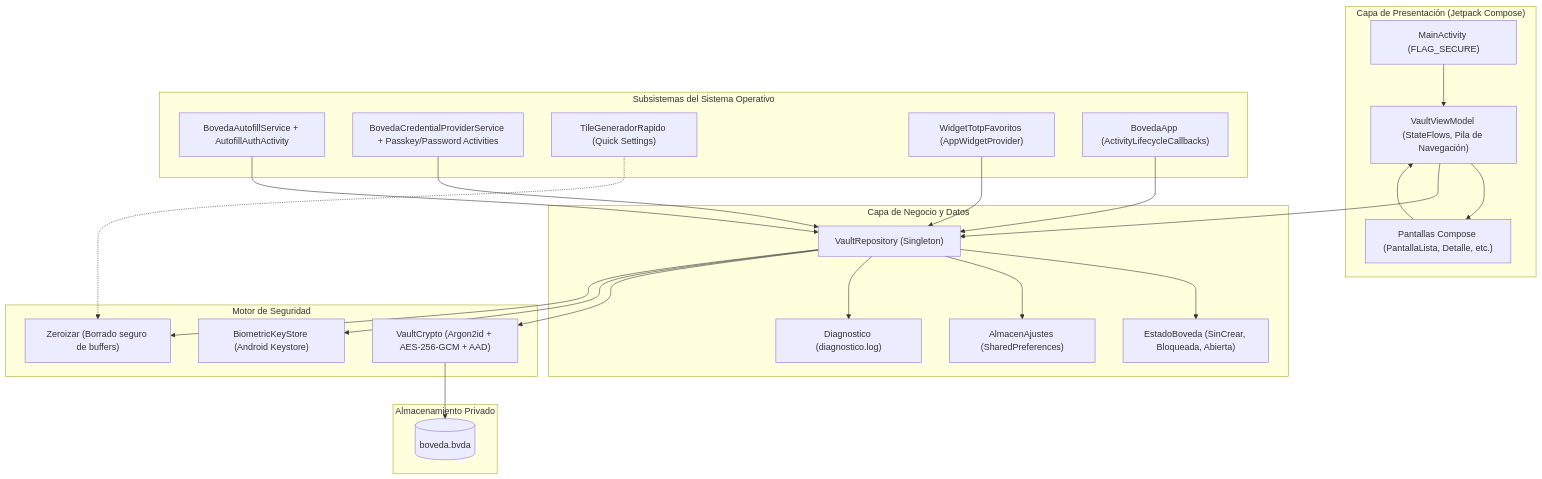
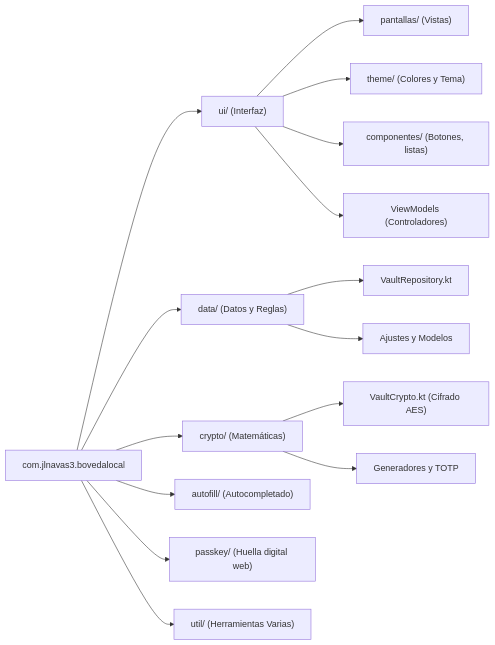
One commit to jlnavas3/boveda changed the eighth of 8 diagrams in ARQUITECTURA.md. Above: the diagram before and after it, drawn with Mermaid. The commit also changed other lines of this file and 35 other files, not shown here.

````diff
--- a/ARQUITECTURA.md
+++ b/ARQUITECTURA.md
@@ -131,55 +270,20 @@
 ```mermaid
-flowchart TD
-    subgraph UI ["Capa de Presentación (Jetpack Compose)"]
-        MainActivity["MainActivity (FLAG_SECURE)"]
-        Screens["Pantallas Compose (PantallaLista, Detalle, etc.)"]
-        VVM["VaultViewModel (StateFlows, Pila de Navegación)"]
-    end
-
-    subgraph Core ["Capa de Negocio y Datos"]
-        Repo["VaultRepository (Singleton)"]
-        AjustesRepo["AlmacenAjustes (SharedPreferences)"]
-        EstadoBoveda["EstadoBoveda (SinCrear, Bloqueada, Abierta)"]
-        Diag["Diagnostico (diagnostico.log)"]
-    end
-
-    subgraph Cripto ["Motor de Seguridad"]
-        VCrypto["VaultCrypto (Argon2id + AES-256-GCM + AAD)"]
-        BKeyStore["BiometricKeyStore (Android Keystore)"]
-        Memoria["Zeroizar (Borrado seguro de buffers)"]
-    end
-
-    subgraph AndroidOS ["Subsistemas del Sistema Operativo"]
-        Autofill["BovedaAutofillService + AutofillAuthActivity"]
-        CredMan["BovedaCredentialProviderService + Passkey/Password Activities"]
-        QSTile["TileGeneradorRapido (Quick Settings)"]
-        AppWidget["WidgetTotpFavoritos (AppWidgetProvider)"]
-        AppLifecycle["BovedaApp (ActivityLifecycleCallbacks)"]
-    end
-
-    subgraph Storage ["Almacenamiento Privado"]
-        VaultFile[("boveda.bvda")]
-    end
-
-    %% Conexiones UI
-    MainActivity --> VVM
-    Screens --> VVM
-    VVM --> Screens
-    VVM --> Repo
-
-    %% Conexiones Core
-    Repo --> EstadoBoveda
-    Repo --> AjustesRepo
-    Repo --> Diag
-    Repo --> VCrypto
-    Repo --> BKeyStore
-    Repo --> Memoria
-    VCrypto --> VaultFile
-
-    %% Conexiones Android OS
-    AppLifecycle --> Repo
-    Autofill --> Repo
-    CredMan --> Repo
-    QSTile -.-> Memoria
-    AppWidget --> Repo
+flowchart LR
+    Root["com.jlnavas3.bovedalocal"] --> ui["ui/ (Interfaz)"]
+    Root --> data["data/ (Datos y Reglas)"]
+    Root --> crypto["crypto/ (Matemáticas)"]
+    Root --> autofill["autofill/ (Autocompletado)"]
+    Root --> passkey["passkey/ (Huella digital web)"]
+    Root --> util["util/ (Herramientas Varias)"]
+    
+    ui --> pantallas["pantallas/ (Vistas)"]
+    ui --> theme["theme/ (Colores y Tema)"]
+    ui --> componentes["componentes/ (Botones, listas)"]
+    ui --> viewmodels["ViewModels (Controladores)"]
+    
+    data --> repository["VaultRepository.kt"]
+    data --> ajustes["Ajustes y Modelos"]
+    
+    crypto --> aes["VaultCrypto.kt (Cifrado AES)"]
+    crypto --> generador["Generadores y TOTP"]
 ```
````
